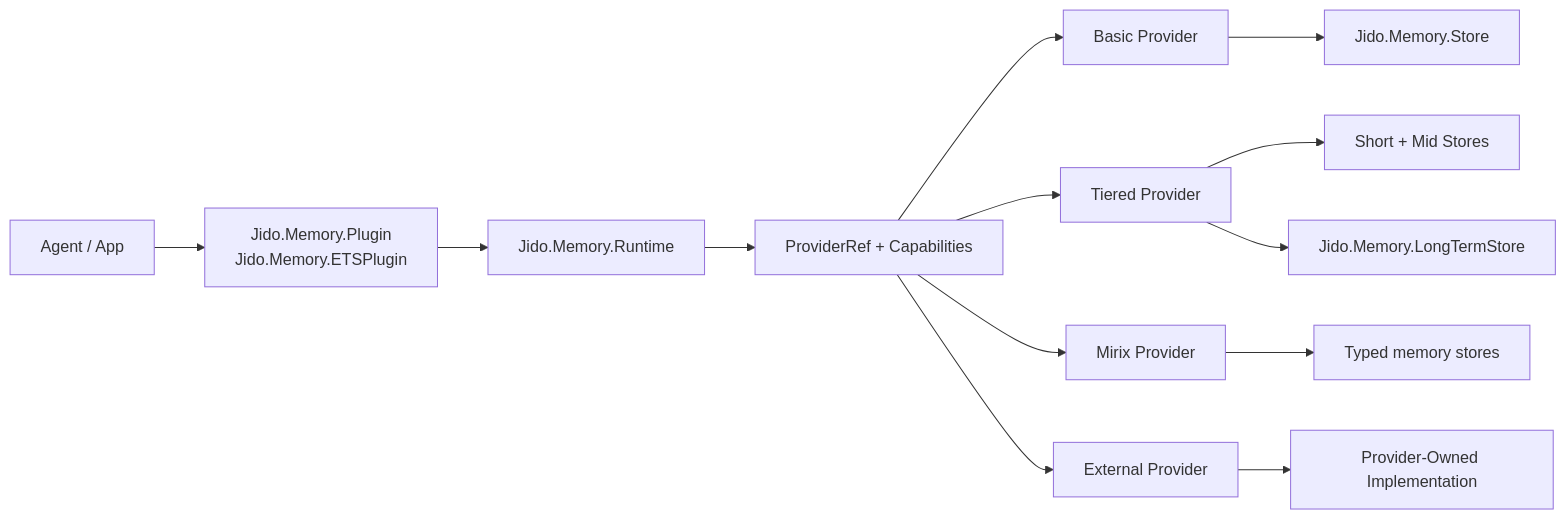
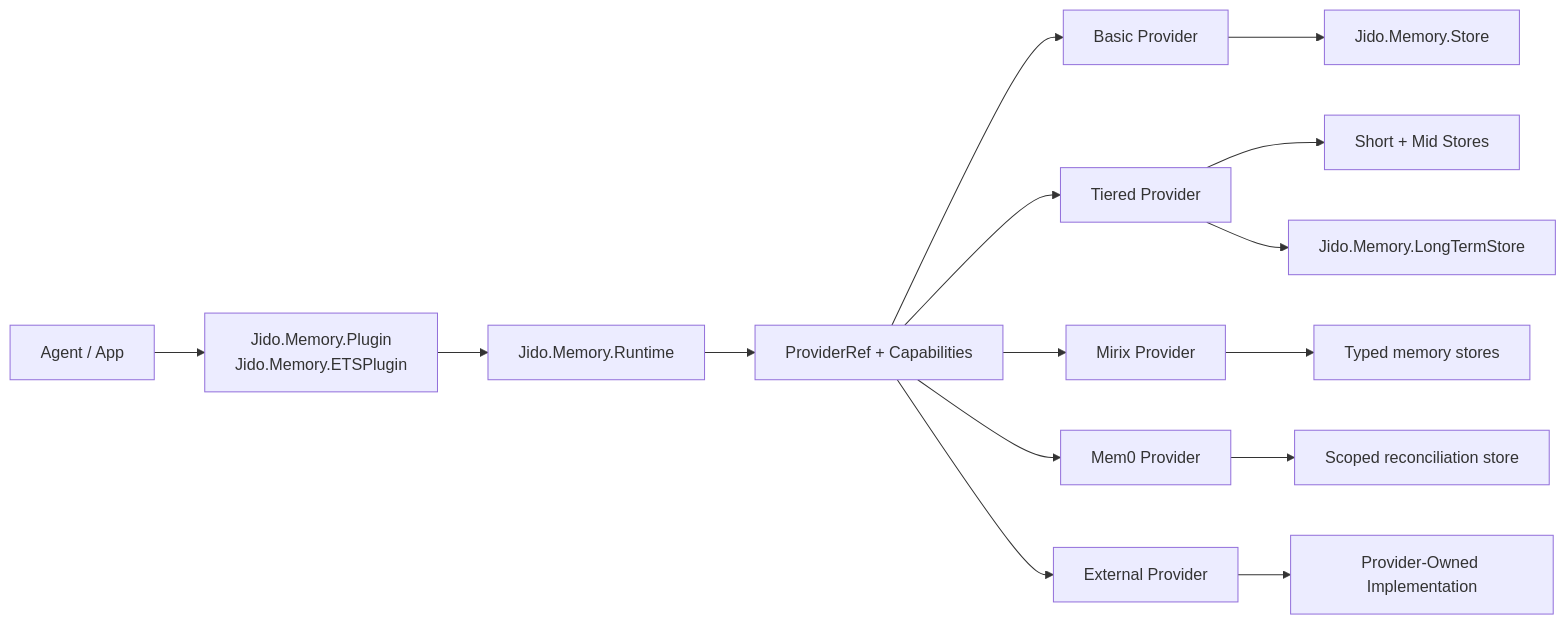
The first of 3 diagrams in .spec/topology.md (agentjido/jido_memory), drawn with Mermaid before and after one commit. The commit also changed other lines of this file and 14 other files, not shown here.

Commit message:
docs: align specs with built-in mem0 provider

````diff
--- a/.spec/topology.md
+++ b/.spec/topology.md
@@ -23,17 +23,19 @@
 ```mermaid
 flowchart LR
     App["Agent / App"] --> Plugin["Jido.Memory.Plugin\nJido.Memory.ETSPlugin"]
     Plugin --> Runtime["Jido.Memory.Runtime"]
     Runtime --> ProviderRef["ProviderRef + Capabilities"]
 
     ProviderRef --> Basic["Basic Provider"]
     ProviderRef --> Tiered["Tiered Provider"]
     ProviderRef --> Mirix["Mirix Provider"]
+    ProviderRef --> Mem0["Mem0 Provider"]
     ProviderRef --> External["External Provider"]
 
     Basic --> Store["Jido.Memory.Store"]
     Tiered --> ShortMid["Short + Mid Stores"]
     Tiered --> LongTerm["Jido.Memory.LongTermStore"]
     Mirix --> MirixStores["Typed memory stores"]
+    Mem0 --> Mem0Store["Scoped reconciliation store"]
     External --> ExtImpl["Provider-Owned Implementation"]
 ```
````
